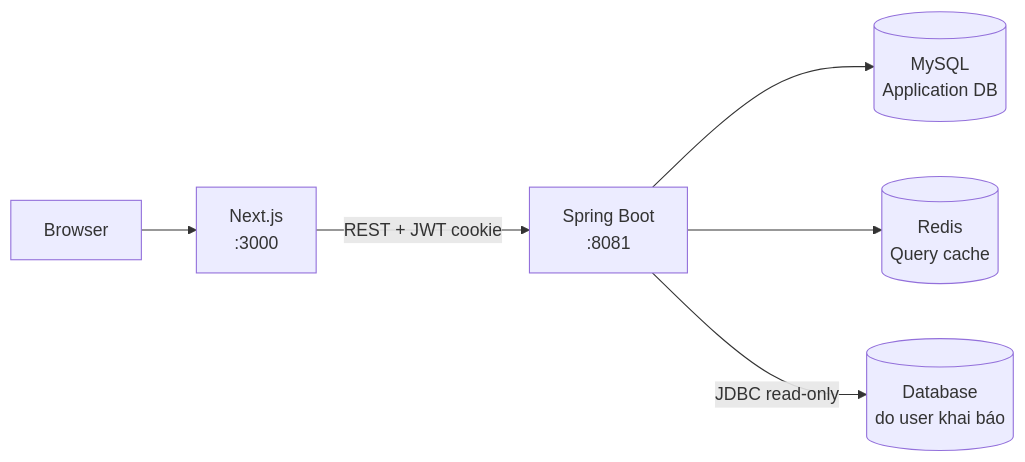
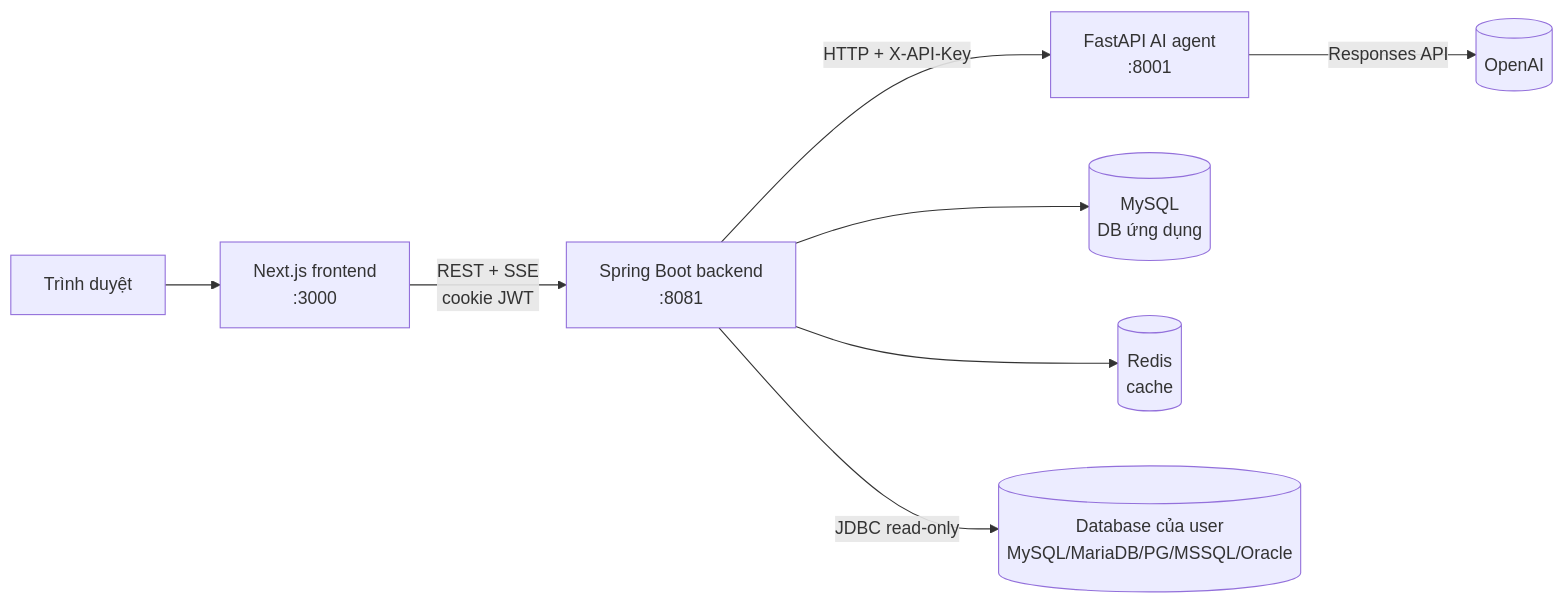
Before and after one commit to niendzvdtg01/KLTN: the diagram in README.md, drawn with Mermaid. The commit also changed other lines of this file and 6 other files, not shown here.

````diff
--- a/README.md
+++ b/README.md
@@ -36,8 +53,10 @@
 ```mermaid
 flowchart LR
-    Browser[Browser] --> Frontend[Next.js\n:3000]
-    Frontend -->|REST + JWT cookie| Backend[Spring Boot\n:8081]
-    Backend --> AppDB[(MySQL\nApplication DB)]
-    Backend --> Redis[(Redis\nQuery cache)]
-    Backend -->|JDBC read-only| External[(Database\ndo user khai báo)]
+    Browser[Trình duyệt] --> FE[Next.js frontend\n:3000]
+    FE -->|REST + SSE\ncookie JWT| BE[Spring Boot backend\n:8081]
+    BE -->|HTTP + X-API-Key| AG[FastAPI AI agent\n:8001]
+    AG -->|Responses API| OAI[(OpenAI)]
+    BE --> APPDB[(MySQL\nDB ứng dụng)]
+    BE --> REDIS[(Redis\ncache)]
+    BE -->|JDBC read-only| EXT[(Database của user\nMySQL/MariaDB/PG/MSSQL/Oracle)]
 ```
````
